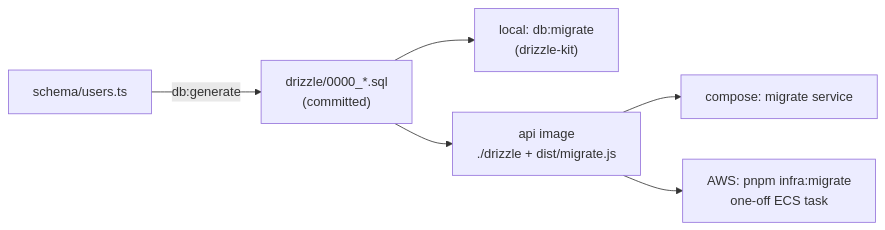
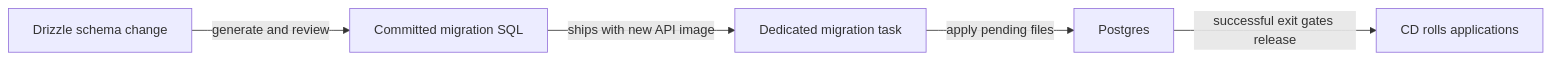
One commit to maheshnd/minitickets changed the diagram in docs/handbook/concepts/migrations.md. Above: the diagram before and after it, drawn with Mermaid. The commit also changed other lines of this file and 119 other files, not shown here.

````diff
--- a/docs/handbook/concepts/migrations.md
+++ b/docs/handbook/concepts/migrations.md
@@ -19,8 +18,7 @@
 ```mermaid
 flowchart LR
-    schema["schema/users.ts"] -->|"db:generate"| sql["drizzle/0000_*.sql<br/>(committed)"]
-    sql --> local["local: db:migrate<br/>(drizzle-kit)"]
-    sql --> img["api image<br/>./drizzle + dist/migrate.js"]
-    img --> compose["compose: migrate service"]
-    img --> ecs["AWS: pnpm infra:migrate<br/>one-off ECS task"]
+schema["Drizzle schema change"] -->|"generate and review"| sql["Committed migration SQL"]
+    sql -->|"ships with new API image"| runner["Dedicated migration task"]
+    runner -->|"apply pending files"| db["Postgres"]
+    db -->|"successful exit gates release"| rollout["CD rolls applications"]
 ```
````
